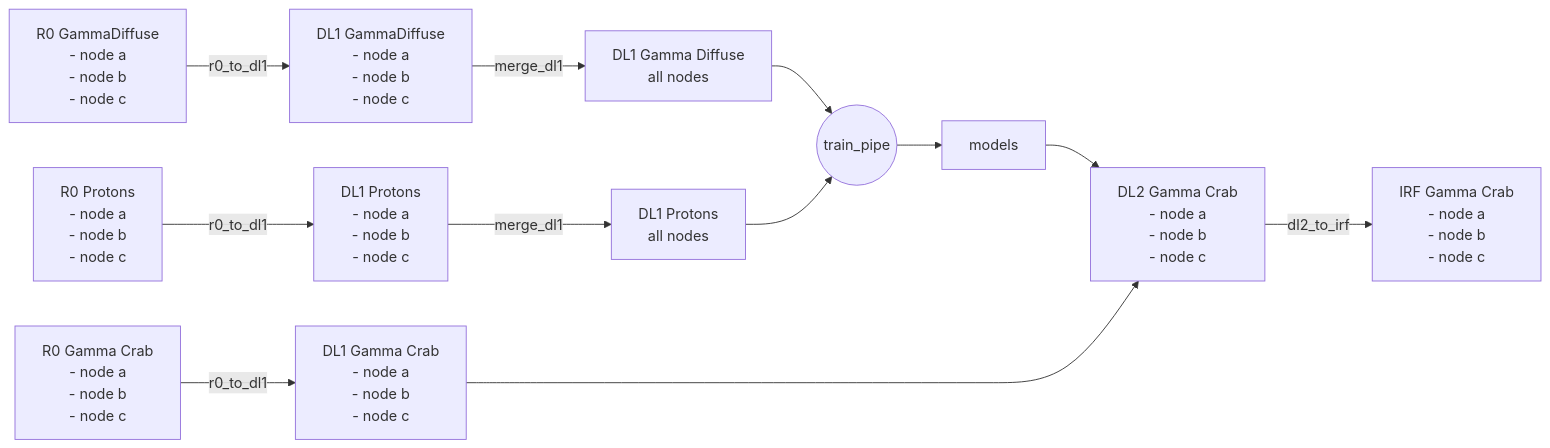
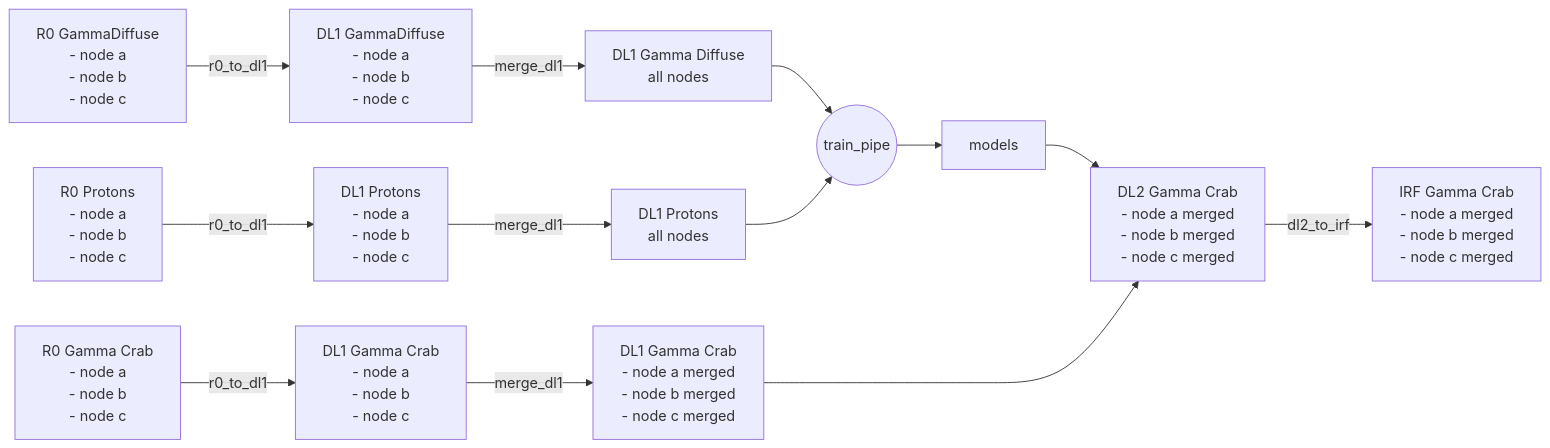
Before and after one commit to cta-observatory/lstmcpipe: the third of 3 diagrams in docs/pipeline.rst, drawn with Mermaid. The commit also changed other lines of this file, not shown here.

Commit message:
Update AllSky pipeline diagram

```diff
--- a/docs/pipeline.rst
+++ b/docs/pipeline.rst
@@ -134,32 +134,33 @@
 .. mermaid::
 
     flowchart LR
 
         R0-Protons[R0 Protons \n - node a\n - node b\n - node c]
         R0-GammaDiffuse[R0 GammaDiffuse \n - node a\n - node b\n - node c]
         R0-GammaCrab[R0 Gamma Crab \n - node a\n - node b\n - node c]
 
         DL1-Protons[DL1 Protons \n - node a\n - node b\n - node c]
         DL1-GammaDiffuse[DL1 GammaDiffuse \n - node a\n - node b\n - node c]
         DL1-GammaCrab[DL1 Gamma Crab \n - node a\n - node b\n - node c]
 
 
         R0-GammaDiffuse --> |r0_to_dl1| DL1-GammaDiffuse
         R0-Protons --> |r0_to_dl1| DL1-Protons
         R0-GammaCrab --> |r0_to_dl1| DL1-GammaCrab
 
 
         DL1-GammaDiffuse --> |merge_dl1| DL1-GammaDiffuse-merged[DL1 Gamma Diffuse\nall nodes]
         DL1-Protons --> |merge_dl1| DL1-Protons-merged[DL1 Protons\nall nodes]
 
         DL1-GammaDiffuse-merged & DL1-Protons-merged --> train_pipe((train_pipe))
 
         train_pipe --> models
 
         models --> DL2-GammaCrab
 
-        DL1-GammaCrab -----> DL2-GammaCrab
-        DL2-GammaCrab[DL2 Gamma Crab \n - node a\n - node b\n - node c]
+        DL1-GammaCrab --> |merge_dl1| DL1-GammaCrab-merged[DL1 Gamma Crab \n - node a merged\n - node b merged\n - node c merged]
+        DL1-GammaCrab-merged ----> DL2-GammaCrab
+        DL2-GammaCrab[DL2 Gamma Crab \n - node a merged\n - node b merged\n - node c merged]
 
         DL2-GammaCrab --> |dl2_to_irf| IRF-GammaCrab
-        IRF-GammaCrab[IRF Gamma Crab \n - node a\n - node b\n - node c]
+        IRF-GammaCrab[IRF Gamma Crab \n - node a merged\n - node b merged\n - node c merged]
```
